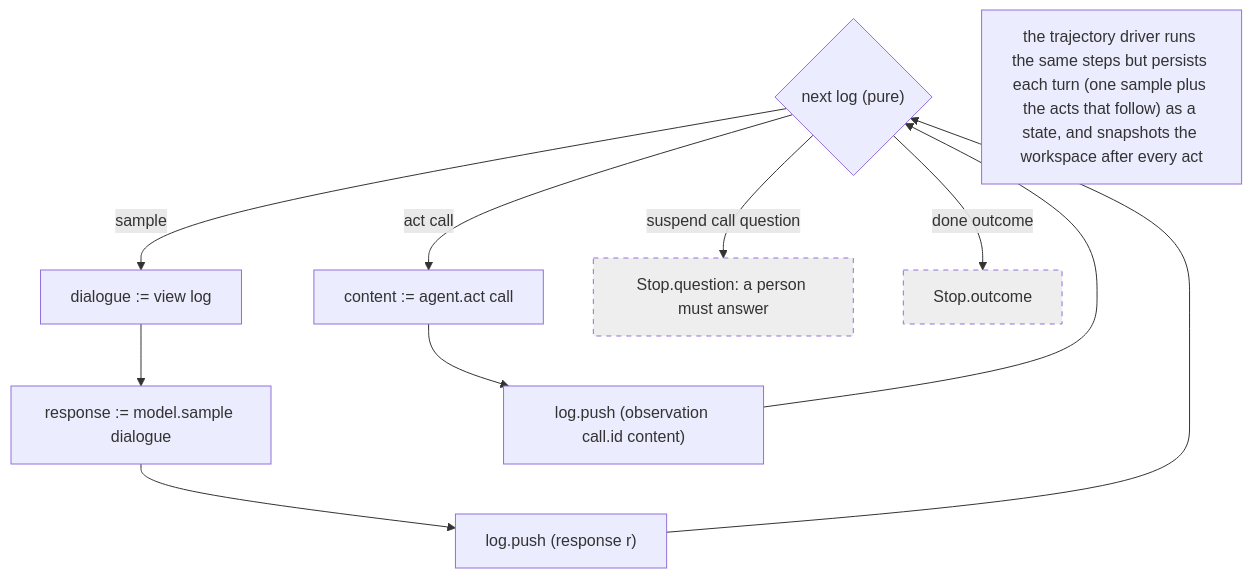
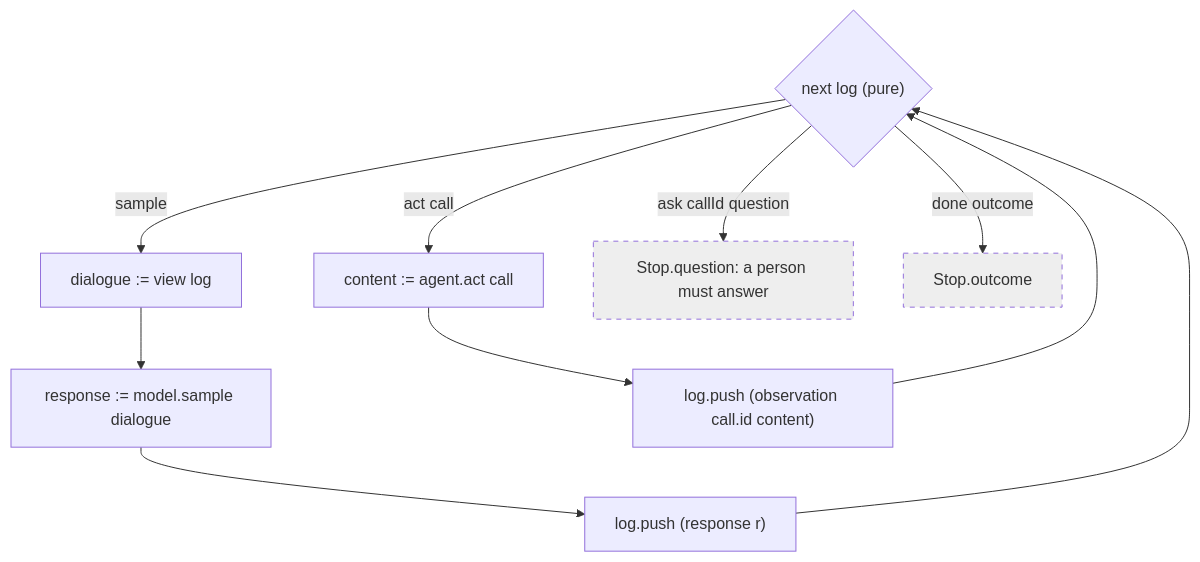
One commit to mechtaev/alaya changed the third of 3 diagrams in docs/agent-api.md. Above: the diagram before and after it, drawn with Mermaid. The commit also changed other lines of this file and 5 other files, not shown here.

````diff
--- a/docs/agent-api.md
+++ b/docs/agent-api.md
@@ -160,21 +158,19 @@
 ```mermaid
 flowchart TD
   NEXT{"next log (pure)"}
 
   NEXT -->|sample| S1["dialogue := view log"]
   S1 --> S2["response := model.sample dialogue"]
   S2 --> S3["log.push (response r)"]
   S3 --> NEXT
 
   NEXT -->|"act call"| A1["content := agent.act call"]
   A1 --> A2["log.push (observation call.id content)"]
   A2 --> NEXT
 
-  NEXT -->|"suspend call question"| SU["Stop.question: a person must answer"]
+  NEXT -->|"ask callId question"| SU["Stop.question: a person must answer"]
   NEXT -->|"done outcome"| DO["Stop.outcome"]
 
   classDef terminal fill:#eee,stroke-dasharray: 5 5
   class SU,DO terminal
-
-  NOTE["the trajectory driver runs the same steps but persists each turn (one sample plus the acts that follow) as a state, and snapshots the workspace after every act"]
 ```
````
